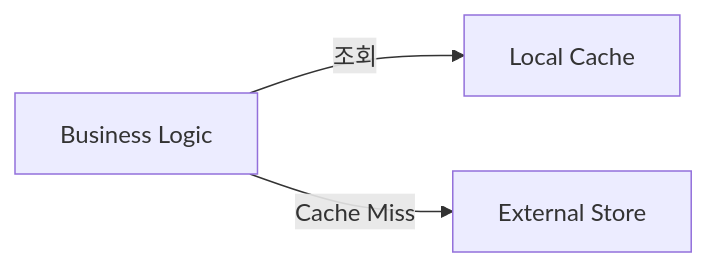
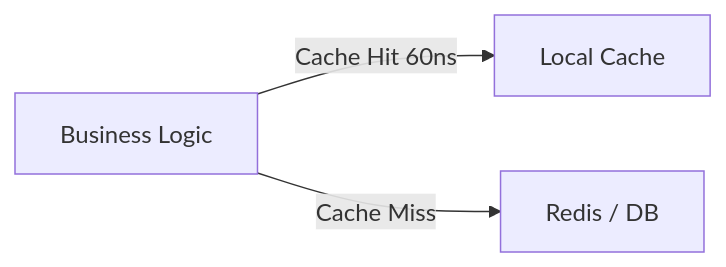
The first of 5 diagrams in _posts/localcache/2026-05-01-local-cache-comparison.md (yjkim2015/yjkim2015.github.io), drawn with Mermaid before and after one commit. The commit also changed other lines of this file and 5 other files, not shown here.

````diff
--- a/_posts/localcache/2026-05-01-local-cache-comparison.md
+++ b/_posts/localcache/2026-05-01-local-cache-comparison.md
@@ -16,5 +30,5 @@
 ```mermaid
 graph LR
-    BL["Business Logic"] -->|조회| LC["Local Cache"]
-    BL -->|Cache Miss| EXT["External Store"]
+    BL["Business Logic"] -->|Cache Hit 60ns| LC["Local Cache"]
+    BL -->|Cache Miss| EXT["Redis / DB"]
 ```
````
